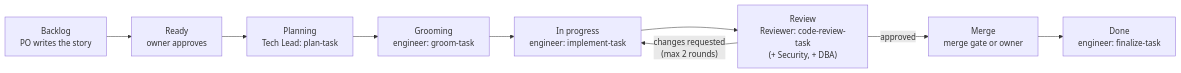
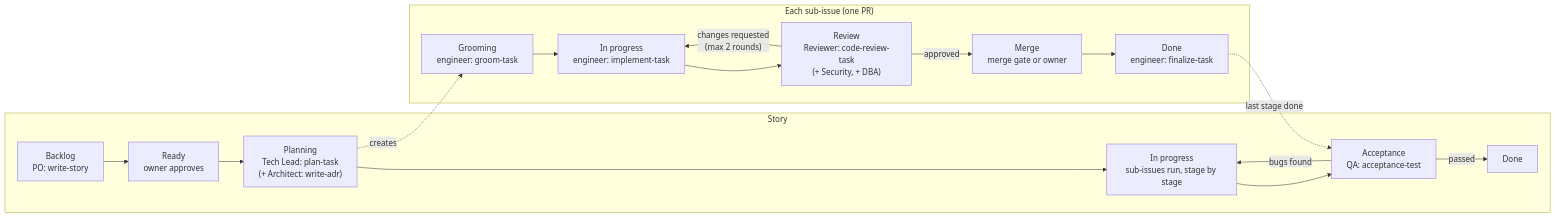
One commit to JaouadiOussama/pixora changed the diagram in agents/README.md. Above: the diagram before and after it, drawn with Mermaid. The commit also changed other lines of this file and 8 other files, not shown here.

Commit message:
docs(agents): add the QA Engineer, the Acceptance stage and the story and ADR skills

````diff
--- a/agents/README.md
+++ b/agents/README.md
@@ -25,11 +28,20 @@
 ```mermaid
 flowchart LR
-    B["Backlog<br/>PO writes the story"] --> R["Ready<br/>owner approves"]
-    R --> P["Planning<br/>Tech Lead: plan-task"]
-    P --> G["Grooming<br/>engineer: groom-task"]
-    G --> I["In progress<br/>engineer: implement-task"]
-    I --> V["Review<br/>Reviewer: code-review-task<br/>(+ Security, + DBA)"]
-    V -- "changes requested<br/>(max 2 rounds)" --> I
-    V -- "approved" --> M["Merge<br/>merge gate or owner"]
-    M --> D["Done<br/>engineer: finalize-task"]
+    subgraph story ["Story"]
+        B["Backlog<br/>PO: write-story"] --> R["Ready<br/>owner approves"]
+        R --> P["Planning<br/>Tech Lead: plan-task<br/>(+ Architect: write-adr)"]
+        P --> SI["In progress<br/>sub-issues run, stage by stage"]
+        SI --> A["Acceptance<br/>QA: acceptance-test"]
+        A -- "bugs found" --> SI
+        A -- "passed" --> SD["Done"]
+    end
+    subgraph sub ["Each sub-issue (one PR)"]
+        G["Grooming<br/>engineer: groom-task"] --> I["In progress<br/>engineer: implement-task"]
+        I --> V["Review<br/>Reviewer: code-review-task<br/>(+ Security, + DBA)"]
+        V -- "changes requested<br/>(max 2 rounds)" --> I
+        V -- "approved" --> M["Merge<br/>merge gate or owner"]
+        M --> D["Done<br/>engineer: finalize-task"]
+    end
+    P -. "creates" .-> G
+    D -. "last stage done" .-> A
 ```
````
